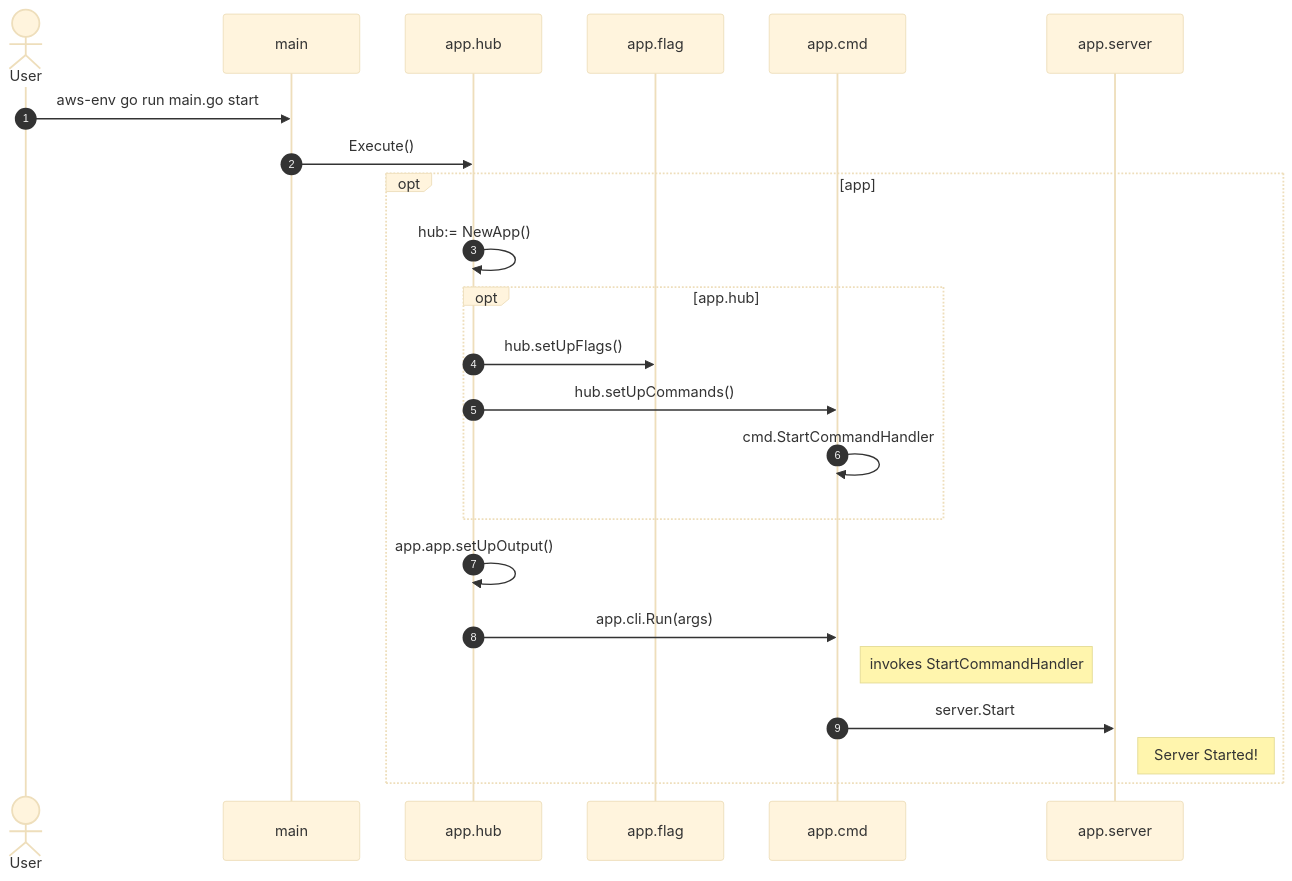
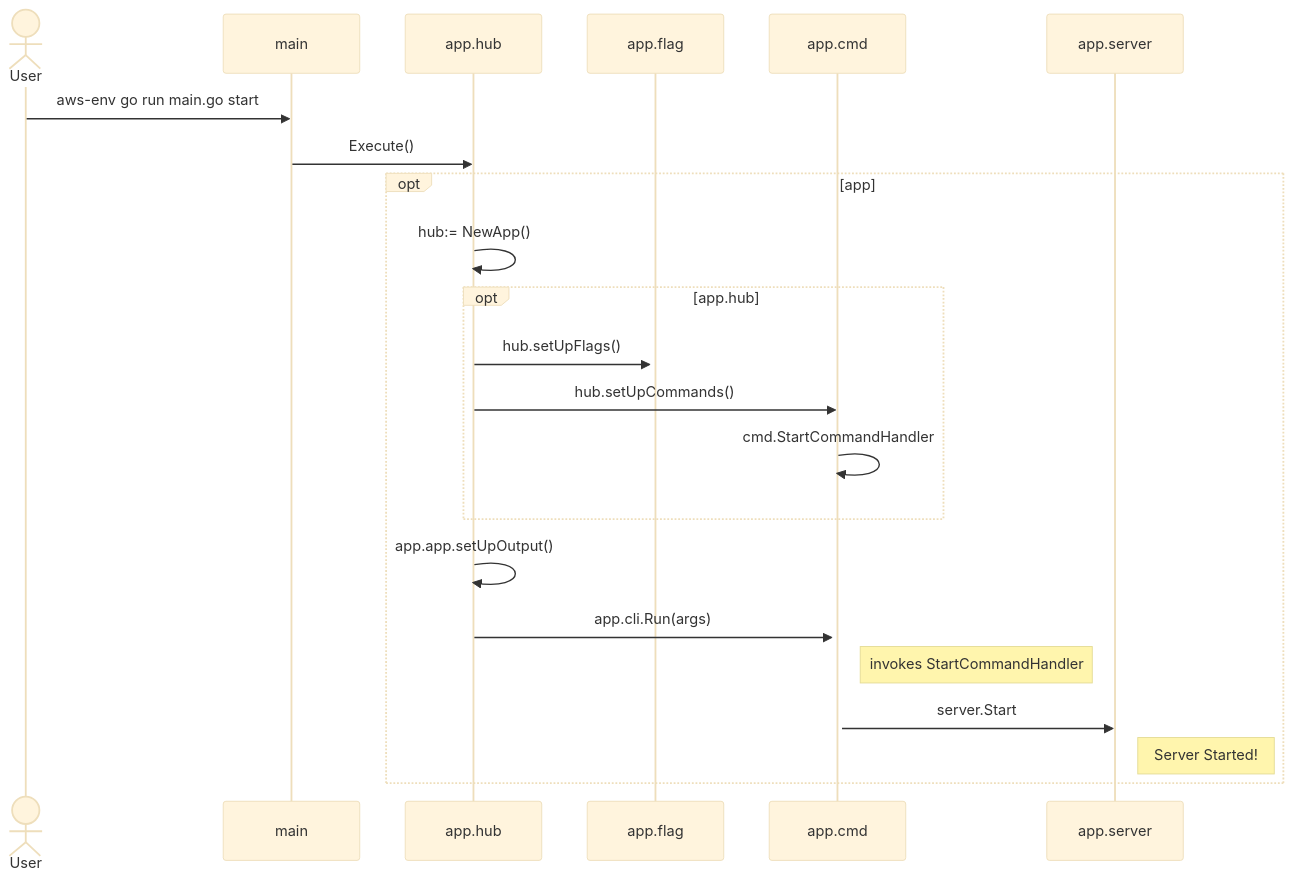
Before and after one commit to rajasoun/aws-hub: the diagram in docs/flow.md, drawn with Mermaid (base theme).

Commit message:
docs(flow): application flow

````diff
--- a/docs/flow.md
+++ b/docs/flow.md
@@ -15,20 +15,19 @@
 ```mermaid
 sequenceDiagram
-    autonumber
     actor User
-    User->>main : aws-env go run main.go start 
-    main->>app.hub: Execute()
+    User ->> main : aws-env go run main.go start 
+    main ->> app.hub: Execute()
     opt app
-        app.hub->>app.hub: hub:= NewApp()
+        app.hub ->> app.hub: hub:= NewApp()
         opt app.hub
-            app.hub->>app.flag:hub.setUpFlags()
-            app.hub->>app.cmd: hub.setUpCommands() 
-            app.cmd->>app.cmd: cmd.StartCommandHandler
+            app.hub  ->> + app.flag: hub.setUpFlags()
+            app.hub  ->>    app.cmd: hub.setUpCommands() 
+            app.cmd  ->> + app.cmd: cmd.StartCommandHandler
         end
-        app.hub->>app.hub: app.app.setUpOutput()
-        app.hub->>app.cmd: app.cli.Run(args)  
+        app.hub ->> app.hub: app.app.setUpOutput()
+        app.hub ->> app.cmd: app.cli.Run(args)  
         Note right of app.cmd: invokes StartCommandHandler
-        app.cmd->>app.server: server.Start
-         Note right of app.server: Server Started! 
+        app.cmd ->> app.server: server.Start
+        Note right of app.server: Server Started! 
     end
 ```
````
